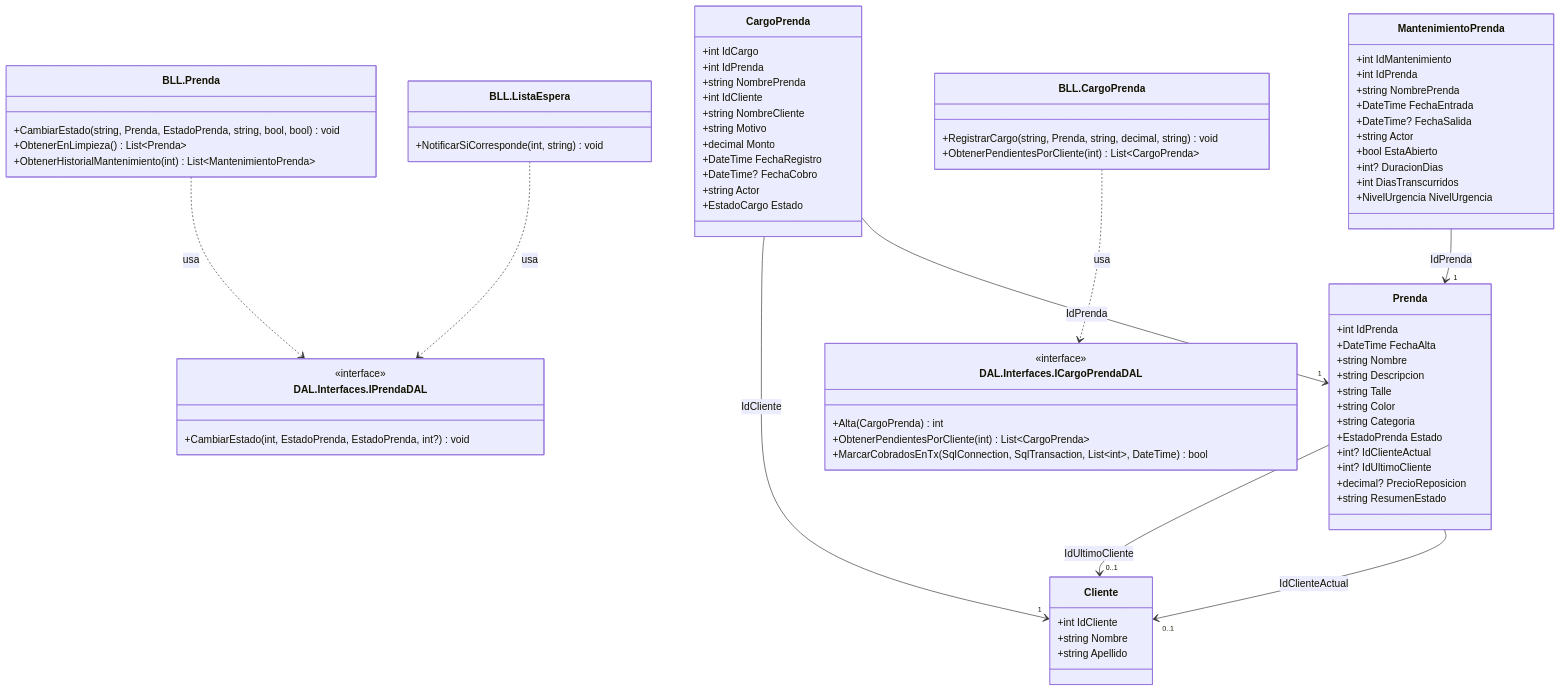
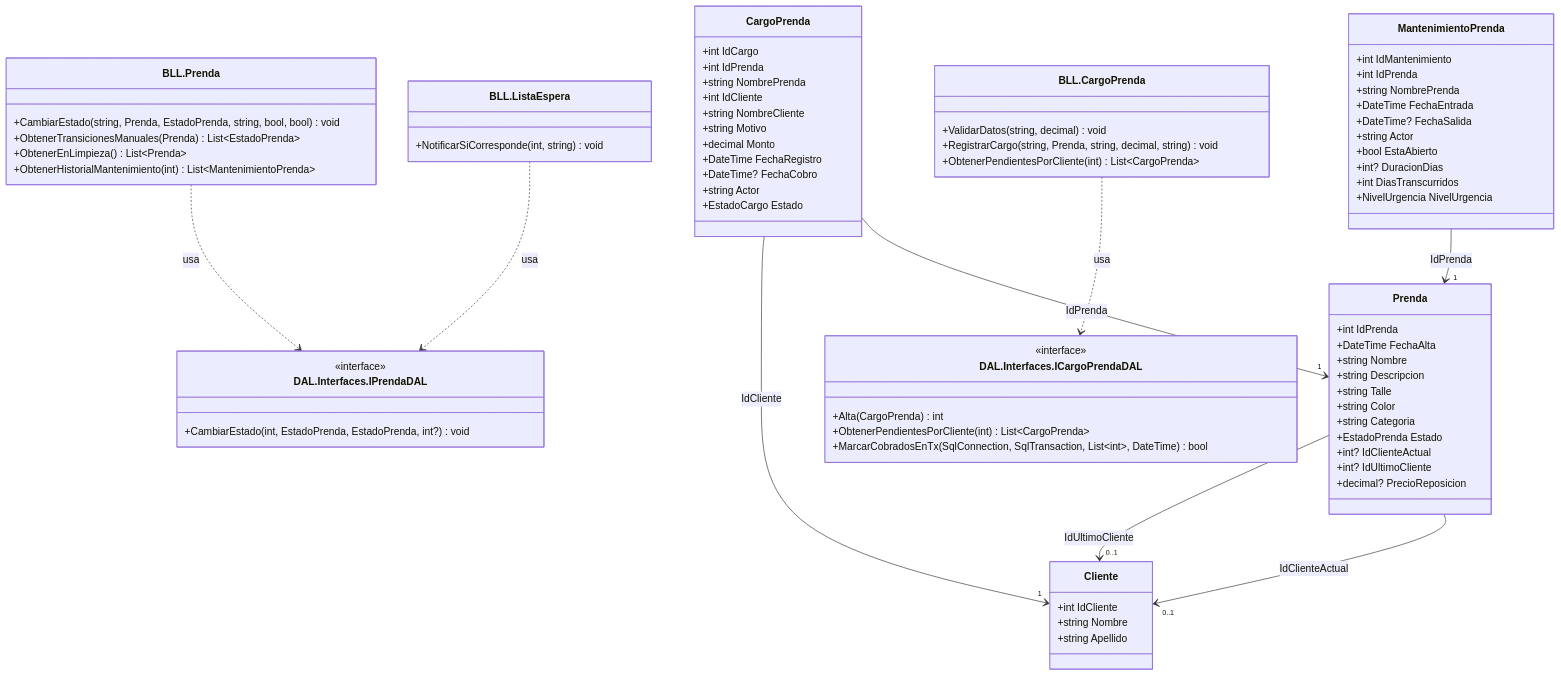
Before and after one commit to valentinamorana/Trabajo-de-Diploma: the diagram in docs/diagramas/mermaid/CLASES_pn04_devolucion.mmd, drawn with Mermaid. The commit also changed 407 other files, not shown here.

```diff
--- a/docs/diagramas/mermaid/CLASES_pn04_devolucion.mmd
+++ b/docs/diagramas/mermaid/CLASES_pn04_devolucion.mmd
@@ -1,76 +1,77 @@
 classDiagram
   direction TB
   class Prenda {
     +int IdPrenda
     +DateTime FechaAlta
     +string Nombre
     +string Descripcion
     +string Talle
     +string Color
     +string Categoria
     +EstadoPrenda Estado
     +int? IdClienteActual
     +int? IdUltimoCliente
     +decimal? PrecioReposicion
-    +string ResumenEstado
   }
   class MantenimientoPrenda {
     +int IdMantenimiento
     +int IdPrenda
     +string NombrePrenda
     +DateTime FechaEntrada
     +DateTime? FechaSalida
     +string Actor
     +bool EstaAbierto
     +int? DuracionDias
     +int DiasTranscurridos
     +NivelUrgencia NivelUrgencia
   }
   class CargoPrenda {
     +int IdCargo
     +int IdPrenda
     +string NombrePrenda
     +int IdCliente
     +string NombreCliente
     +string Motivo
     +decimal Monto
     +DateTime FechaRegistro
     +DateTime? FechaCobro
     +string Actor
     +EstadoCargo Estado
   }
   class Cliente {
     +int IdCliente
     +string Nombre
     +string Apellido
   }
   class BLL_ListaEspera["BLL.ListaEspera"] {
     +NotificarSiCorresponde(int,  string) void
   }
   class BLL_Prenda["BLL.Prenda"] {
     +CambiarEstado(string,  Prenda,  EstadoPrenda,  string,  bool,  bool) void
+    +ObtenerTransicionesManuales(Prenda) List~EstadoPrenda~
     +ObtenerEnLimpieza() List~Prenda~
     +ObtenerHistorialMantenimiento(int) List~MantenimientoPrenda~
   }
   class BLL_CargoPrenda["BLL.CargoPrenda"] {
+    +ValidarDatos(string,  decimal) void
     +RegistrarCargo(string,  Prenda,  string,  decimal,  string) void
     +ObtenerPendientesPorCliente(int) List~CargoPrenda~
   }
   class DAL_Interfaces_IPrendaDAL["DAL.Interfaces.IPrendaDAL"] {
     <<interface>>
     +CambiarEstado(int,  EstadoPrenda,  EstadoPrenda,  int?) void
   }
   class DAL_Interfaces_ICargoPrendaDAL["DAL.Interfaces.ICargoPrendaDAL"] {
     <<interface>>
     +Alta(CargoPrenda) int
     +ObtenerPendientesPorCliente(int) List~CargoPrenda~
     +MarcarCobradosEnTx(SqlConnection,  SqlTransaction,  List~int~,  DateTime) bool
   }
   Prenda --> "0..1" Cliente : IdClienteActual
   Prenda --> "0..1" Cliente : IdUltimoCliente
   MantenimientoPrenda --> "1" Prenda : IdPrenda
   CargoPrenda --> "1" Prenda : IdPrenda
   CargoPrenda --> "1" Cliente : IdCliente
   BLL_ListaEspera ..> DAL_Interfaces_IPrendaDAL : usa
   BLL_Prenda ..> DAL_Interfaces_IPrendaDAL : usa
   BLL_CargoPrenda ..> DAL_Interfaces_ICargoPrendaDAL : usa
```
